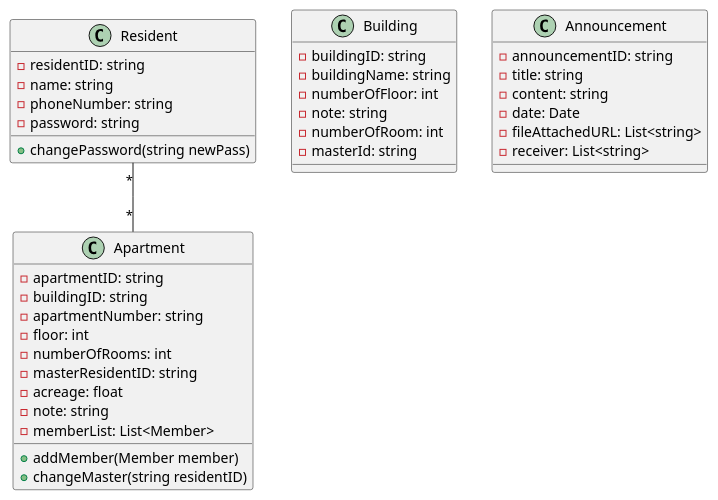
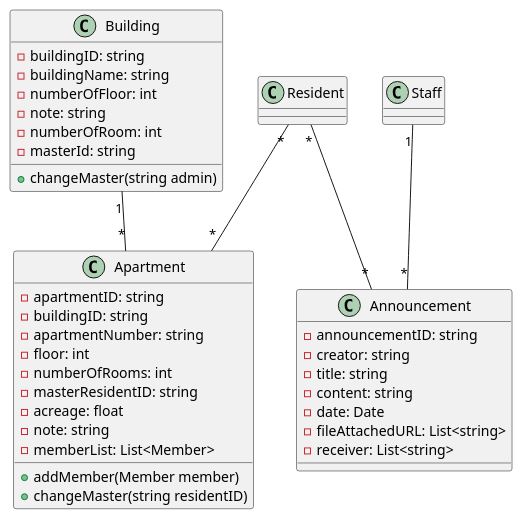
One commit to QuickyBooster/SE357-Pratice-class changed the diagram in Lab1/Lab1.2/Class Diagram/Quản lý cư dân.plantuml. Above: the diagram before and after it, drawn with PlantUML. The commit also changed 11 other files, not shown here.

```diff
--- a/Lab1/Lab1.2/Class Diagram/Quản lý cư dân.plantuml
+++ b/Lab1/Lab1.2/Class Diagram/Quản lý cư dân.plantuml
@@ -1,46 +1,44 @@
-@startuml
+
 
 
 class "Resident" {
-  -residentID: string
-  -name: string
-  -phoneNumber: string
-  -password: string
-  +changePassword(string newPass)
 }
 
 class Apartment {
   -apartmentID: string
   -buildingID: string
   -apartmentNumber: string
   -floor: int
   -numberOfRooms: int
   -masterResidentID: string
   -acreage: float
   -note: string
   -memberList: List<Member>
   +addMember(Member member)
   +changeMaster(string residentID)
 }
 class Building{
   -buildingID: string
   -buildingName: string
   -numberOfFloor: int
   -note: string
   -numberOfRoom: int
   -masterId: string
+  +changeMaster(string admin)
 }
 
 class Announcement {
   -announcementID: string
+  -creator: string
   -title: string
   -content: string
   -date: Date
   -fileAttachedURL: List<string>
   -receiver: List<string>
 }
 
 
 Resident "*"--"*" Apartment
-
-@enduml
+Building "1"--"*" Apartment
+Staff"1"--"*"Announcement
+Resident "*"--"*"Announcement
```
